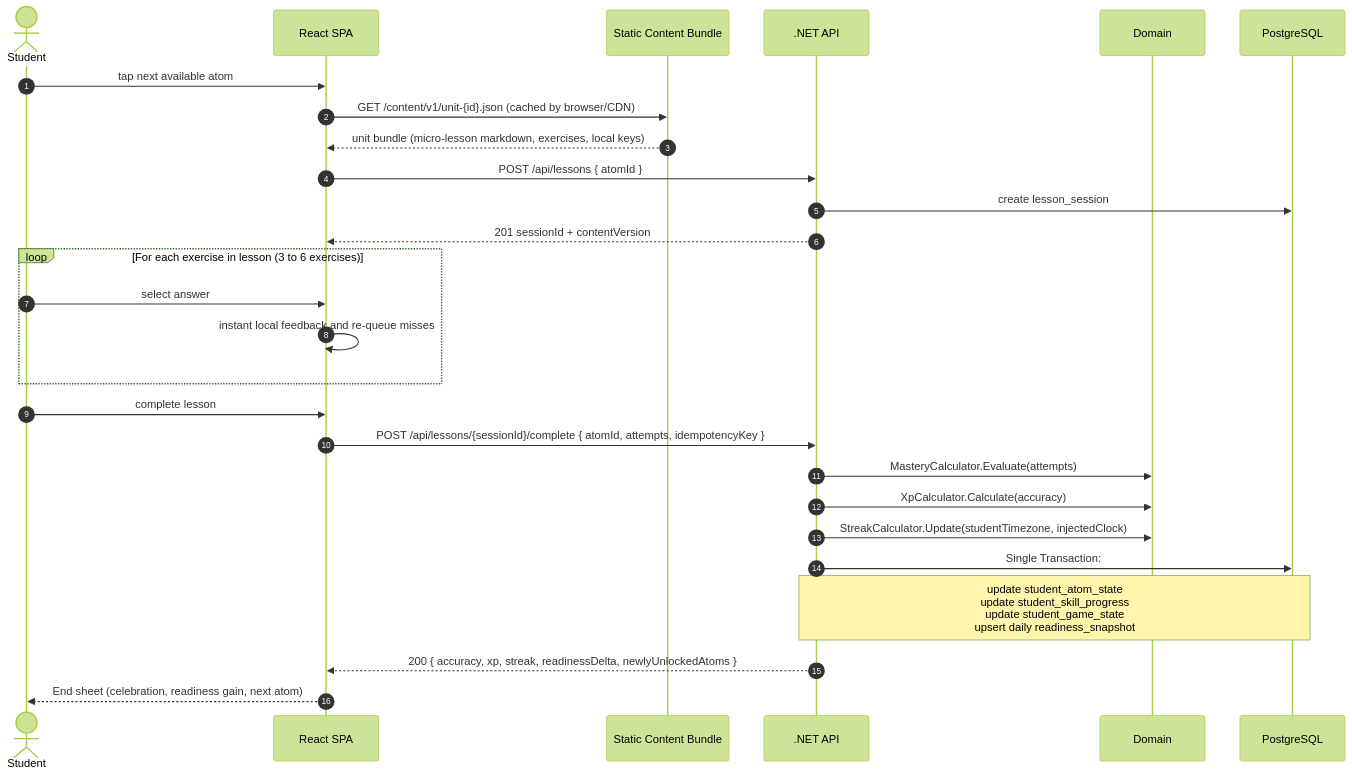
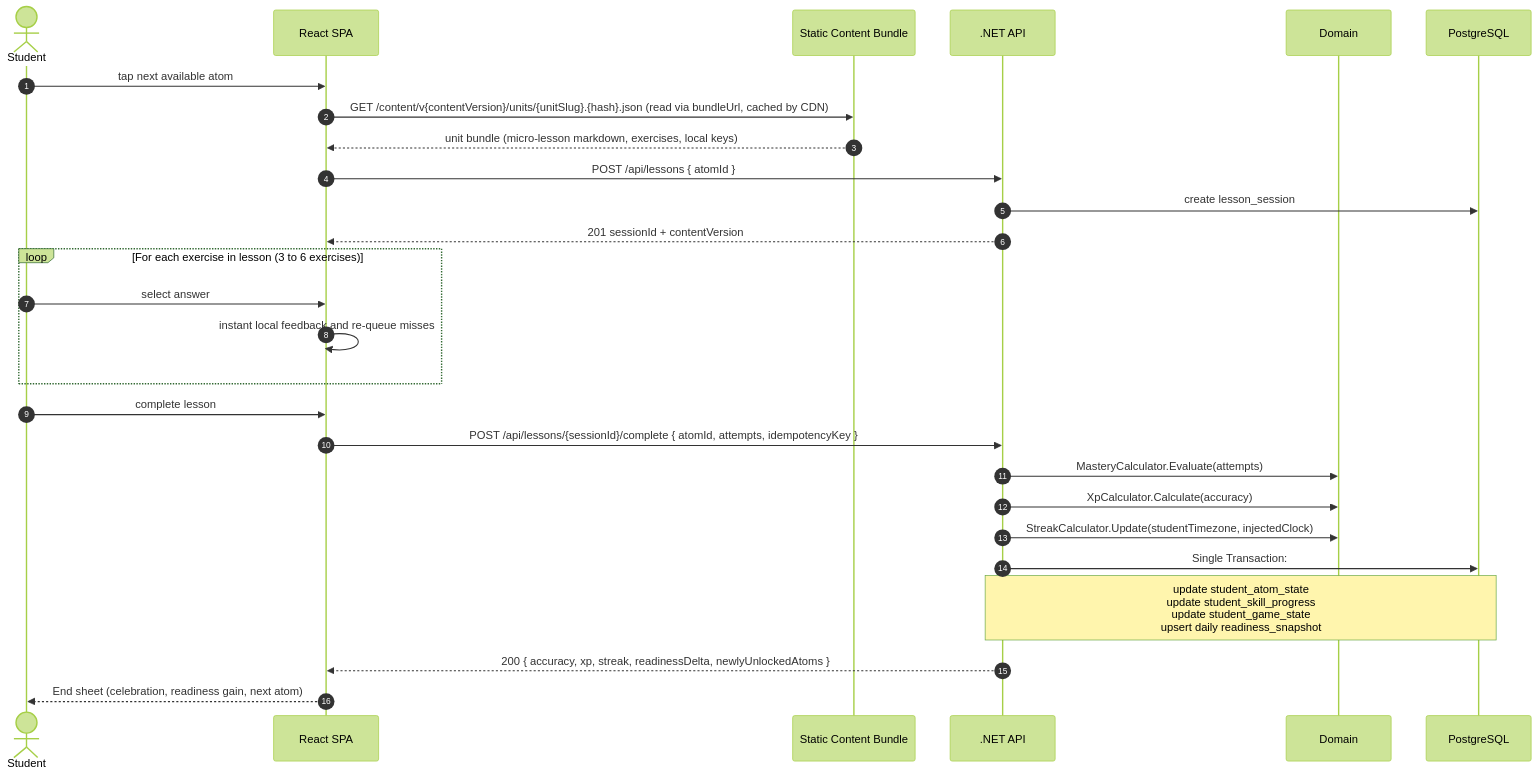
Before and after one commit to Masar-SCU/Masar: the sixth of 8 diagrams in docs/03-architecture.md, drawn with Mermaid (forest theme). The commit also changed other lines of this file and 19 other files, not shown here.

````diff
--- a/docs/03-architecture.md
+++ b/docs/03-architecture.md
@@ -279,32 +279,32 @@
 ```mermaid
 sequenceDiagram
     autonumber
     actor S as Student
     participant W as React SPA
     participant C as Static Content Bundle
     participant A as .NET API
     participant D as Domain
     participant DB as PostgreSQL
 
     S->>W: tap next available atom
-    W->>C: GET /content/v1/unit-{id}.json (cached by browser/CDN)
+    W->>C: GET /content/v{contentVersion}/units/{unitSlug}.{hash}.json (read via bundleUrl, cached by CDN)
     C-->>W: unit bundle (micro-lesson markdown, exercises, local keys)
     W->>A: POST /api/lessons { atomId }
     A->>DB: create lesson_session
     A-->>W: 201 sessionId + contentVersion
 
     loop For each exercise in lesson (3 to 6 exercises)
         S->>W: select answer
         W->>W: instant local feedback and re-queue misses
     end
 
     S->>W: complete lesson
     W->>A: POST /api/lessons/{sessionId}/complete { atomId, attempts, idempotencyKey }
     A->>D: MasteryCalculator.Evaluate(attempts)
     A->>D: XpCalculator.Calculate(accuracy)
     A->>D: StreakCalculator.Update(studentTimezone, injectedClock)
     A->>DB: Single Transaction:
     Note over A,DB: update student_atom_state<br/>update student_skill_progress<br/>update student_game_state<br/>upsert daily readiness_snapshot
     A-->>W: 200 { accuracy, xp, streak, readinessDelta, newlyUnlockedAtoms }
     W-->>S: End sheet (celebration, readiness gain, next atom)
 ```
````
